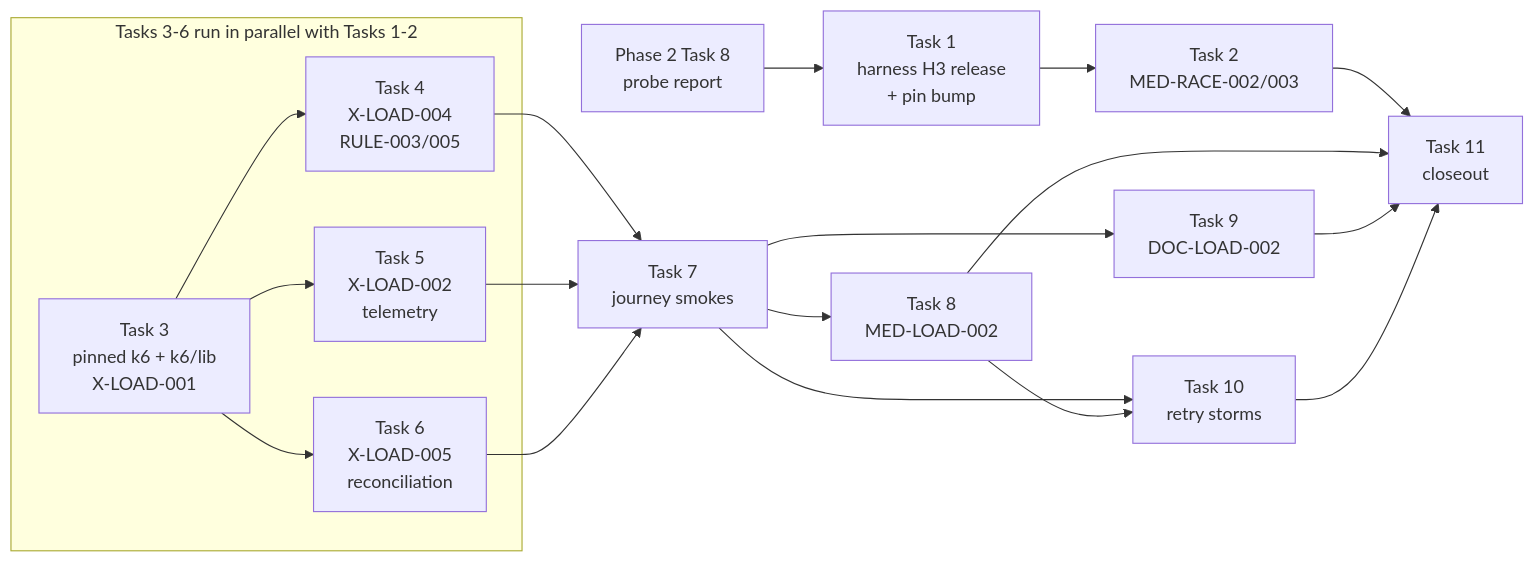
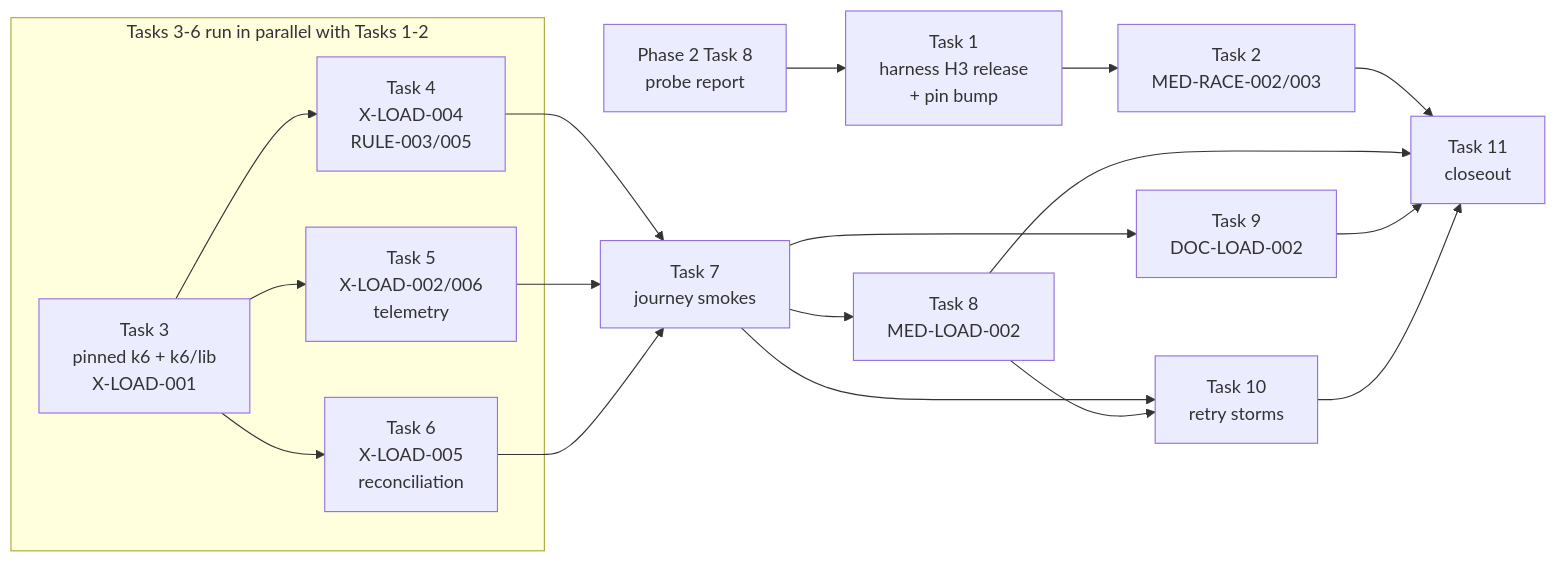
One commit to Jayami123/k6-load-concurrency-suite changed the diagram in docs/plans/2026-10-22-p6-phase3-roadmap.md. Above: the diagram before and after it, drawn with Mermaid. The commit also changed other lines of this file, not shown here.

Commit message:
docs: record p6 phase 3 roadmap decisions

````diff
--- a/docs/plans/2026-10-22-p6-phase3-roadmap.md
+++ b/docs/plans/2026-10-22-p6-phase3-roadmap.md
@@ -157,25 +160,25 @@
 ```mermaid
 flowchart LR
   P2T8["Phase 2 Task 8<br/>probe report"] --> T1["Task 1<br/>harness H3 release<br/>+ pin bump"]
   T1 --> T2["Task 2<br/>MED-RACE-002/003"]
   T3["Task 3<br/>pinned k6 + k6/lib<br/>X-LOAD-001"] --> T4["Task 4<br/>X-LOAD-004<br/>RULE-003/005"]
-  T3 --> T5["Task 5<br/>X-LOAD-002<br/>telemetry"]
+  T3 --> T5["Task 5<br/>X-LOAD-002/006<br/>telemetry"]
   T3 --> T6["Task 6<br/>X-LOAD-005<br/>reconciliation"]
   T4 --> T7["Task 7<br/>journey smokes"]
   T5 --> T7
   T6 --> T7
   T7 --> T8["Task 8<br/>MED-LOAD-002"]
   T7 --> T9["Task 9<br/>DOC-LOAD-002"]
   T7 --> T10["Task 10<br/>retry storms"]
   T8 --> T10
   T2 --> T11["Task 11<br/>closeout"]
   T8 --> T11
   T9 --> T11
   T10 --> T11
   subgraph parallel["Tasks 3-6 run in parallel with Tasks 1-2"]
     T3
     T4
     T5
     T6
   end
 ```
````
